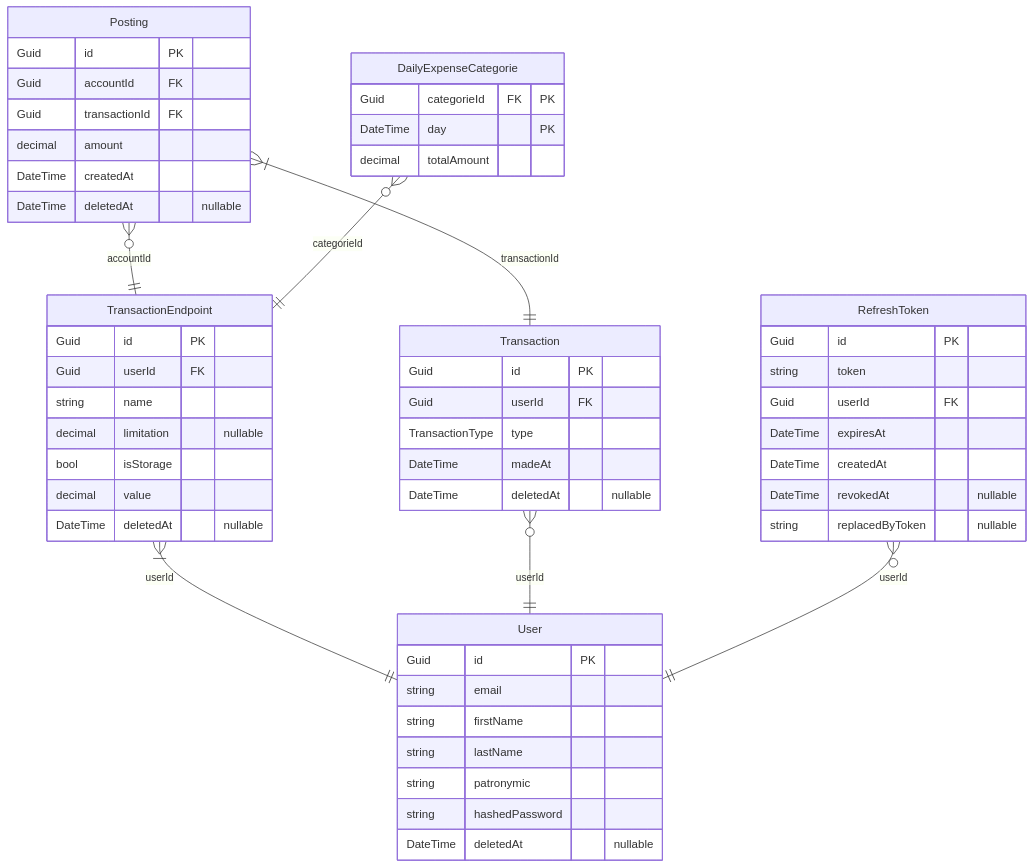
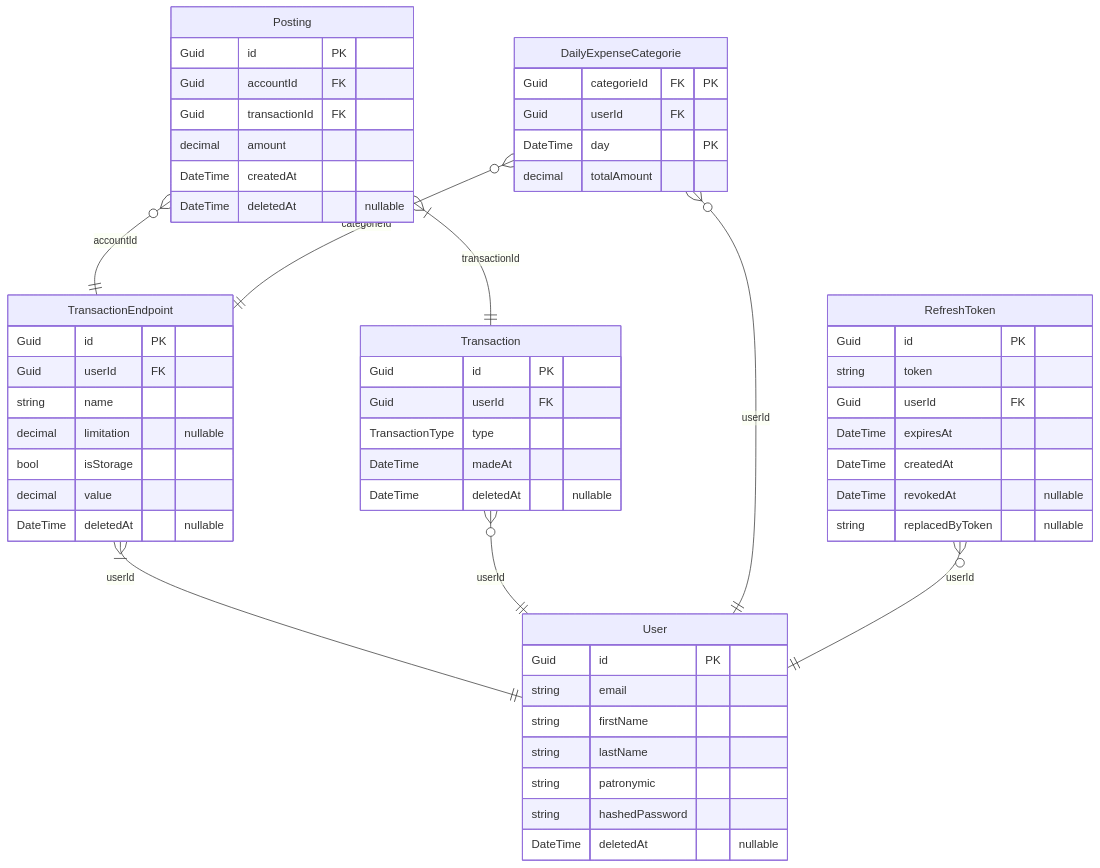
The diagram in README.md (Pipotka/SmartWallet), drawn with Mermaid before and after one commit. The commit also changed 8 other files, not shown here.

First line of the commit message:
Add UserId to DailyExpenseCategorie; use NoAction for FK delete behavior

````diff
--- a/README.md
+++ b/README.md
@@ -125,61 +125,63 @@
 ```mermaid
 erDiagram
     TransactionEndpoint }|--|| User : userId
     TransactionEndpoint {
         Guid id PK
         Guid userId FK
         string name
         decimal limitation "nullable"
         bool isStorage
         decimal value
         DateTime deletedAt "nullable"
     }
 
     Transaction }o--|| User : userId
     Transaction {
         Guid id PK
         Guid userId FK
         TransactionType type
         DateTime madeAt
         DateTime deletedAt "nullable"
     }
 
     Posting }o--|| TransactionEndpoint : accountId
     Posting }|--|| Transaction : transactionId
     Posting {
         Guid id PK
         Guid accountId FK
         Guid transactionId FK
         decimal amount
         DateTime createdAt
         DateTime deletedAt "nullable"
     }
 
     DailyExpenseCategorie }o--|| TransactionEndpoint : categorieId
+    DailyExpenseCategorie }o--|| User : userId
     DailyExpenseCategorie {
         Guid categorieId FK "PK"
+        Guid userId FK
         DateTime day "PK"
         decimal totalAmount
     }
 
     User {
         Guid id PK
         string email
         string firstName
         string lastName
         string patronymic
         string hashedPassword
         DateTime deletedAt "nullable"
     }
 
     RefreshToken }o--|| User : userId
     RefreshToken {
         Guid id PK
         string token
         Guid userId FK
         DateTime expiresAt
         DateTime createdAt
         DateTime revokedAt "nullable"
         string replacedByToken "nullable"
     }
 ```
````
